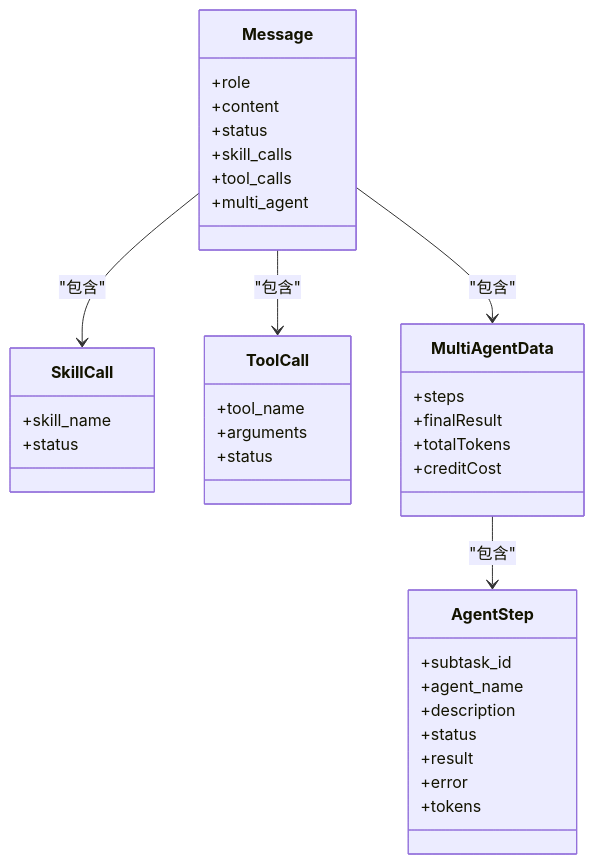
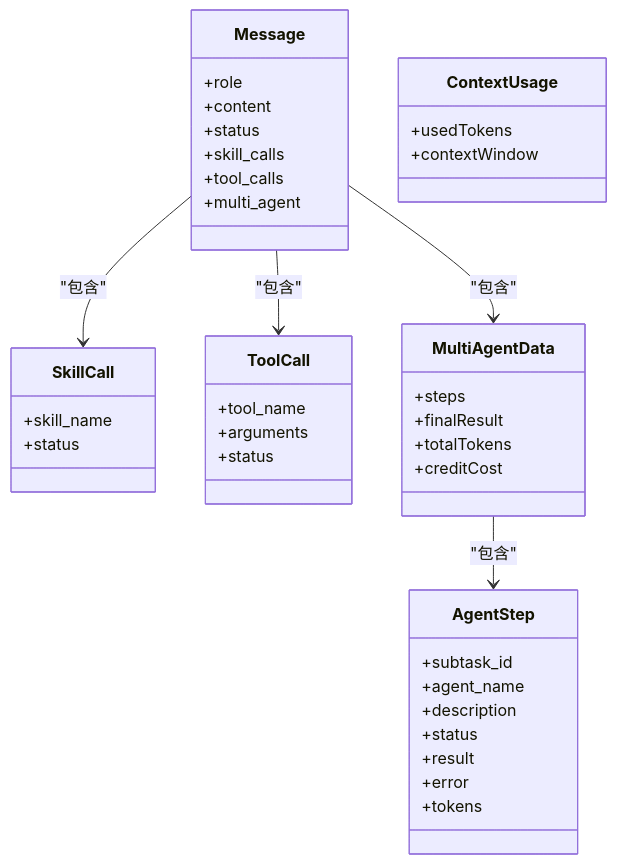
Before and after one commit to KunLabAI/KunFlix: the fourth of 8 diagrams in .qoder/repowiki/zh/content/前端应用架构/UI组件库/AI助手组件.md, drawn with Mermaid. The commit also changed other lines of this file and 9 other files, not shown here.

````diff
--- a/.qoder/repowiki/zh/content/前端应用架构/UI组件库/AI助手组件.md
+++ b/.qoder/repowiki/zh/content/前端应用架构/UI组件库/AI助手组件.md
@@ -162,39 +196,43 @@
 ```mermaid
 classDiagram
 class Message {
 +role
 +content
 +status
 +skill_calls
 +tool_calls
 +multi_agent
 }
 class SkillCall {
 +skill_name
 +status
 }
 class ToolCall {
 +tool_name
 +arguments
 +status
 }
 class AgentStep {
 +subtask_id
 +agent_name
 +description
 +status
 +result
 +error
 +tokens
 }
 class MultiAgentData {
 +steps
 +finalResult
 +totalTokens
 +creditCost
 }
+class ContextUsage {
++usedTokens
++contextWindow
+}
 Message --> SkillCall : "包含"
 Message --> ToolCall : "包含"
 Message --> MultiAgentData : "包含"
 MultiAgentData --> AgentStep : "包含"
 ```
````
